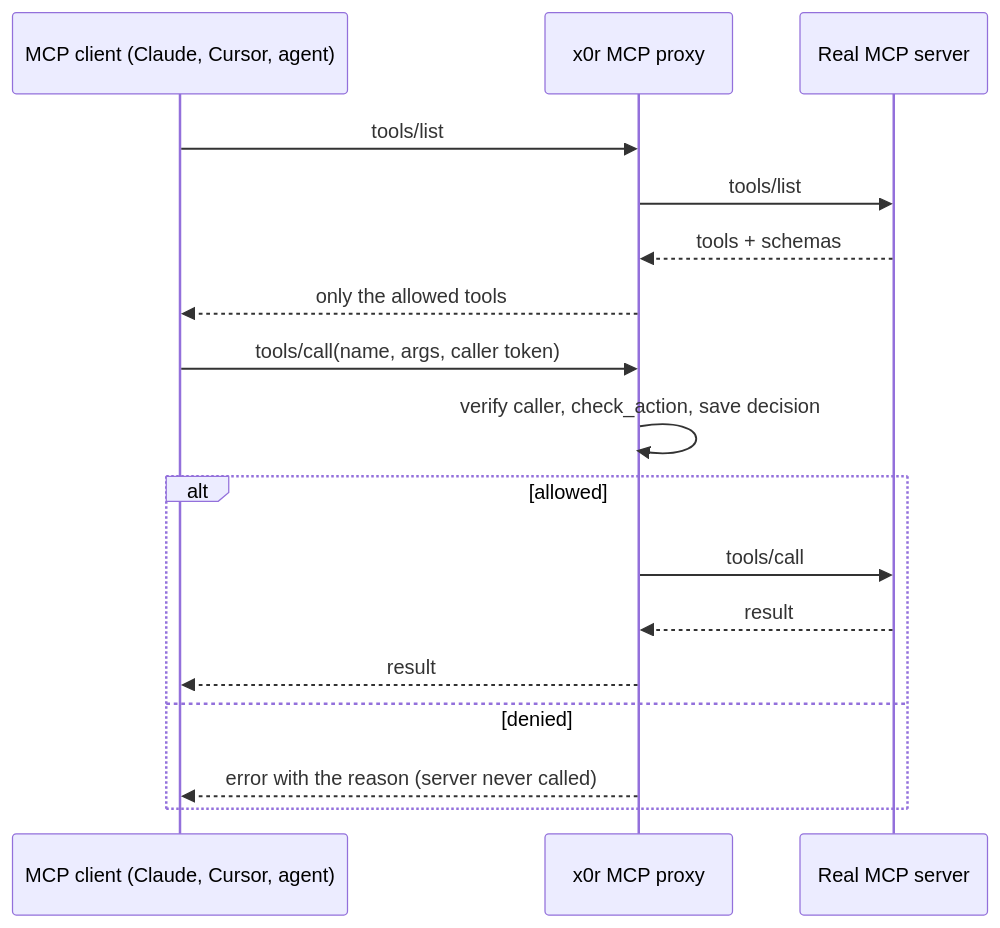
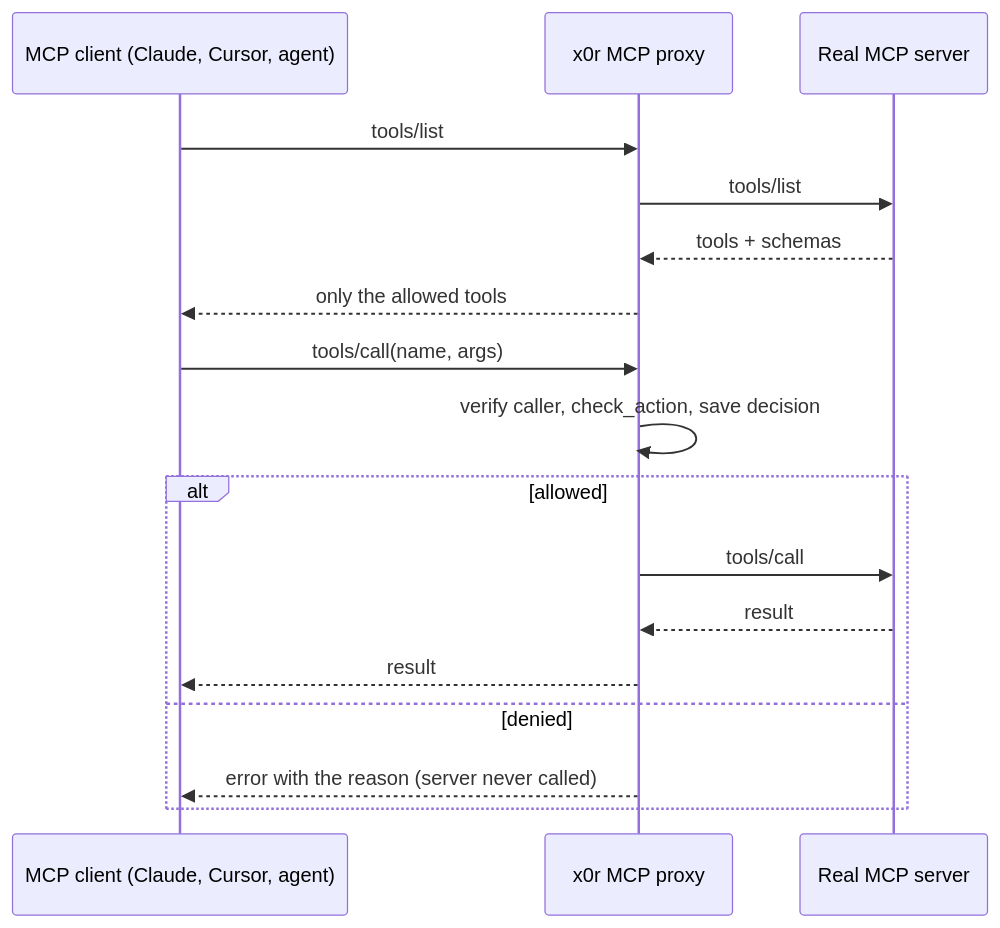
One commit to X0R-labs/core changed the second of 2 diagrams in docs/PHASE-4-PLAN.md. Above: the diagram before and after it, drawn with Mermaid. The commit also changed other lines of this file and 10 other files, not shown here.

````diff
--- a/docs/PHASE-4-PLAN.md
+++ b/docs/PHASE-4-PLAN.md
@@ -118,19 +118,19 @@
 ```mermaid
 sequenceDiagram
   participant Client as MCP client (Claude, Cursor, agent)
   participant P as x0r MCP proxy
   participant S as Real MCP server
   Client->>P: tools/list
   P->>S: tools/list
   S-->>P: tools + schemas
   P-->>Client: only the allowed tools
-  Client->>P: tools/call(name, args, caller token)
+  Client->>P: tools/call(name, args)
   P->>P: verify caller, check_action, save decision
   alt allowed
     P->>S: tools/call
     S-->>P: result
     P-->>Client: result
   else denied
     P-->>Client: error with the reason (server never called)
   end
 ```
````
